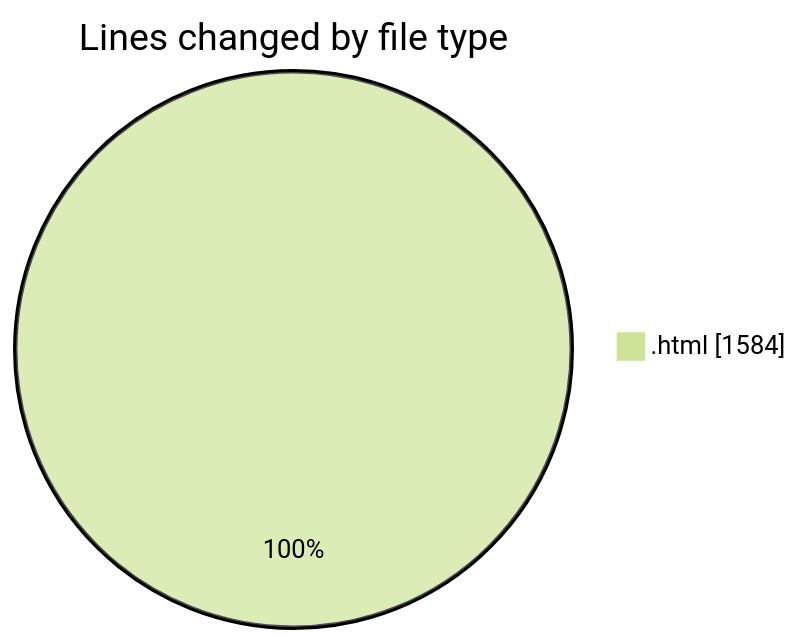
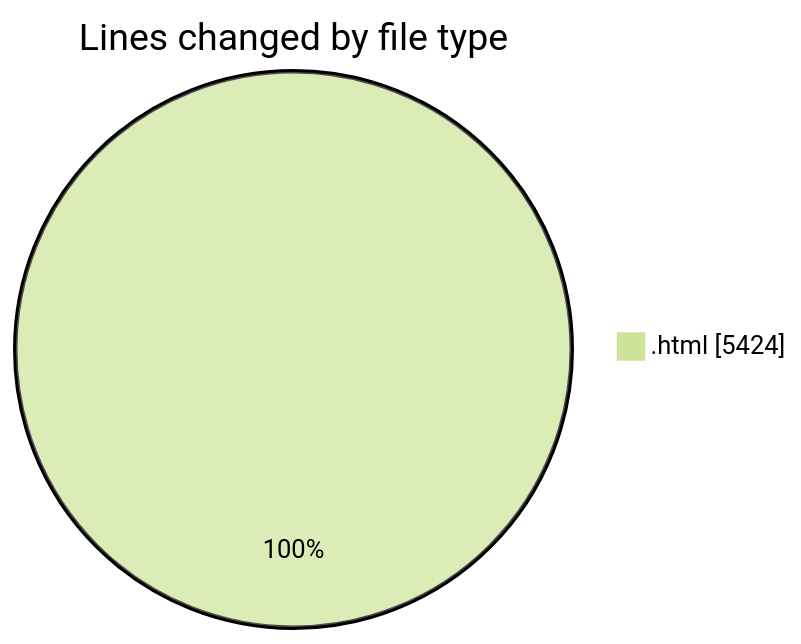
Before and after one commit to shibass792/code-tracking: the first of 2 diagrams in 2026-07-12/untitled__workspace_/README.md, drawn with Mermaid (forest theme). The commit also changed other lines of this file and 1 other file, not shown here.

````diff
--- a/2026-07-12/untitled__workspace_/README.md
+++ b/2026-07-12/untitled__workspace_/README.md
@@ -20,5 +20,5 @@
 ```mermaid
 pie showData
 title Lines changed by file type
-".html" : 1584
+".html" : 5424
 ```
````
